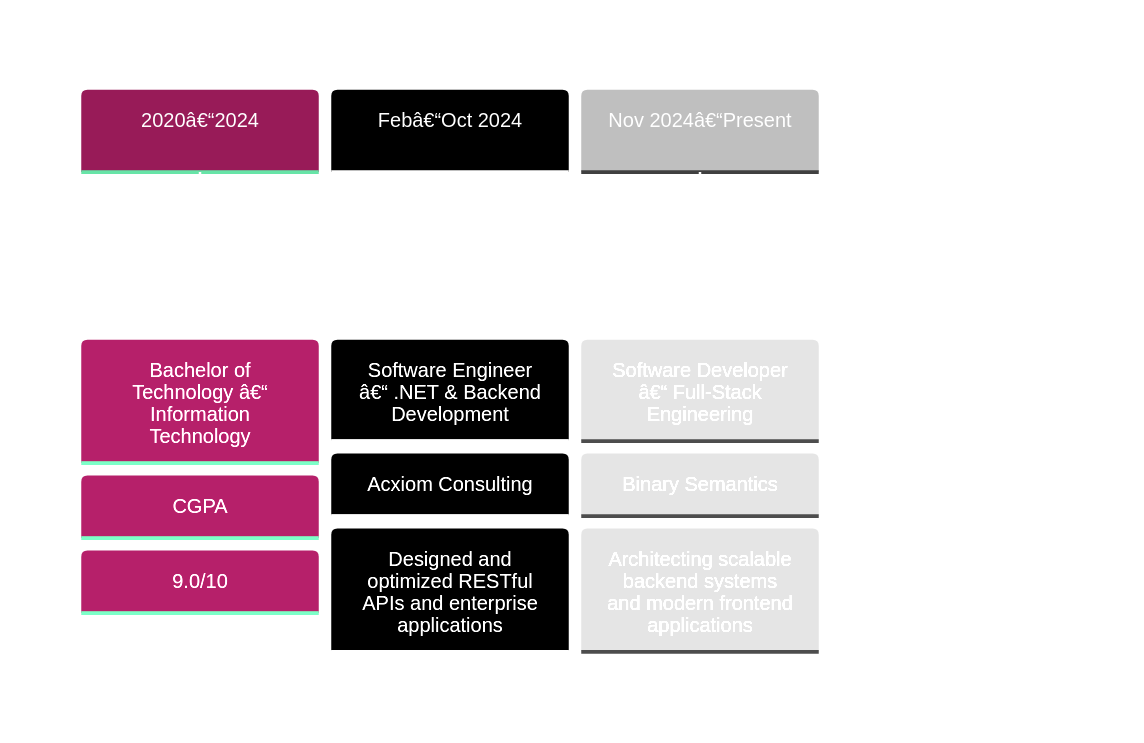
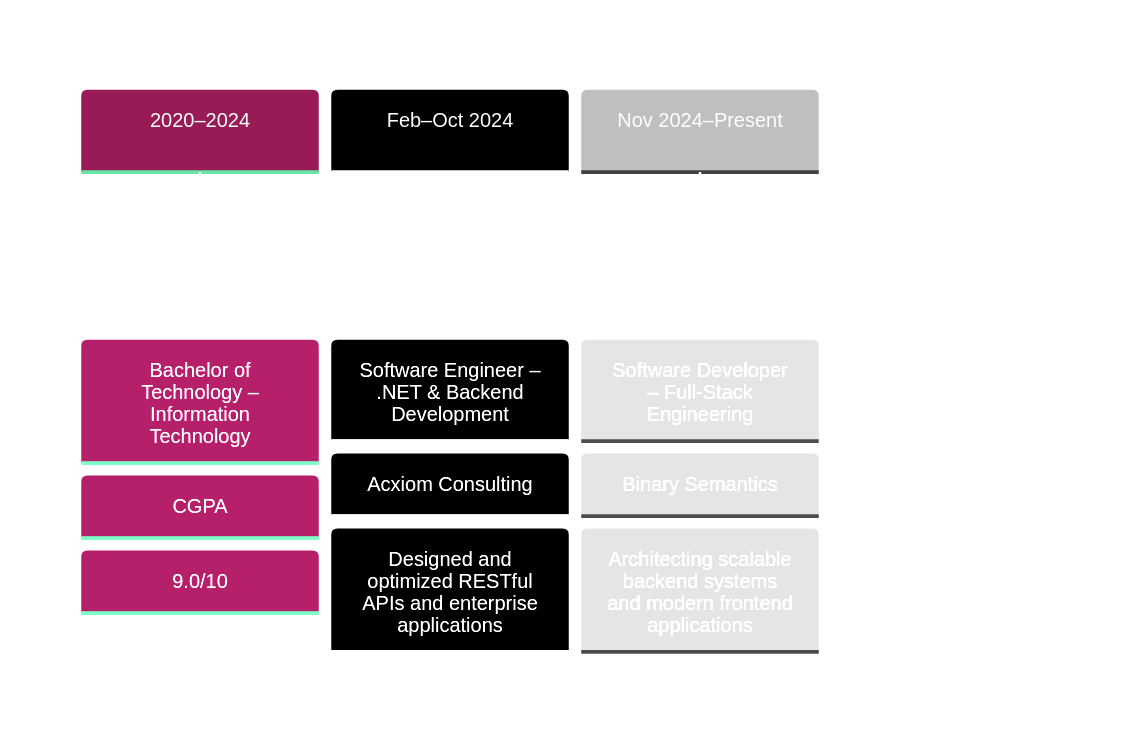
One commit to AlienAlien369/AlienAlien369 changed the diagram in README.md. Above: the diagram before and after it, drawn with Mermaid. The commit also changed other lines of this file, not shown here.

````diff
--- a/README.md
+++ b/README.md
@@ -216,23 +216,23 @@
 ```mermaid
 %%{init: {'theme':'base', 'themeVariables': { 
   'primaryColor': '#e05397',
   'primaryTextColor': '#fff',
   'primaryBorderColor': '#7C0200',
   'lineColor': '#F8B229',
   'secondaryColor': '#006100',
   'tertiaryColor': '#fff',
   'fontFamily': 'Fira Code'
 }}}%%
 timeline
     title Career Progression
-    2020â€“2024  : Bachelor of Technology â€“ Information Technology
+    2020–2024  : Bachelor of Technology – Information Technology
               : CGPA: 9.0/10
 
-    Febâ€“Oct 2024  : Software Engineer â€“ .NET & Backend Development
+    Feb–Oct 2024  : Software Engineer – .NET & Backend Development
                   : Acxiom Consulting
                   : Designed and optimized RESTful APIs and enterprise applications
 
-    Nov 2024â€“Present : Software Developer â€“ Full-Stack Engineering
+    Nov 2024–Present : Software Developer – Full-Stack Engineering
                     : Binary Semantics
                     : Architecting scalable backend systems and modern frontend applications
 ```
````
